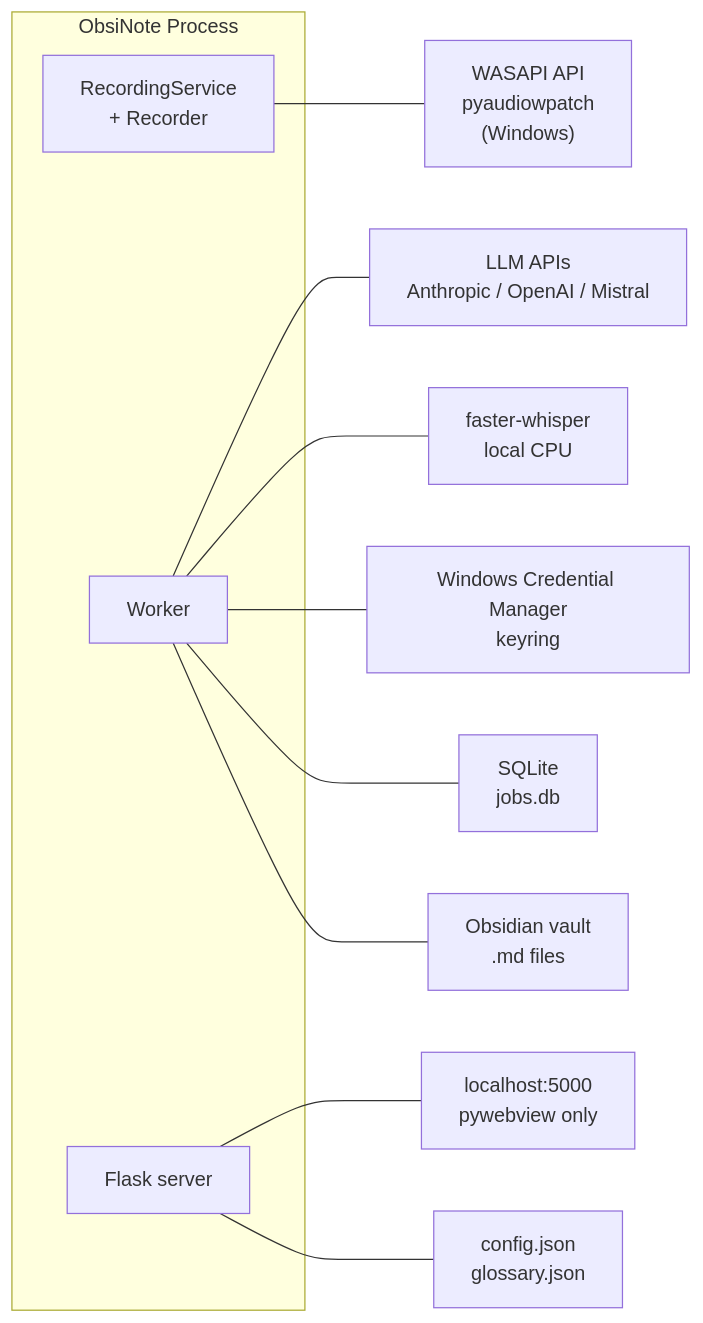
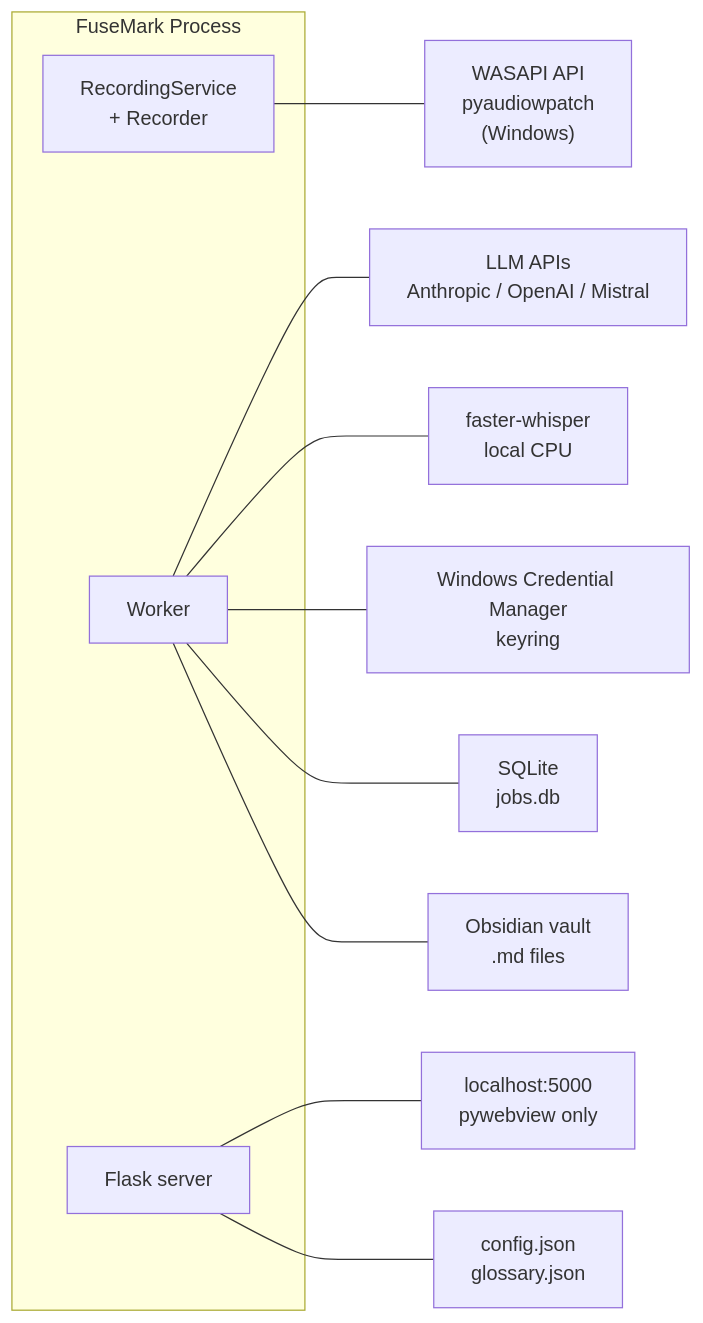
Before and after one commit to kjarkovska/fusemark: the third of 4 diagrams in docs/ARCHITECTURE.md, drawn with Mermaid. The commit also changed other lines of this file and 47 other files, not shown here.

First line of the commit message:
chore: rename app ObsiNote -> FuseMark (v0.9.4)

````diff
--- a/docs/ARCHITECTURE.md
+++ b/docs/ARCHITECTURE.md
@@ -84,17 +84,17 @@
 ```mermaid
 graph LR
-    subgraph proc["ObsiNote Process"]
+    subgraph proc["FuseMark Process"]
         recorder["RecordingService<br/>+ Recorder"]
         worker["Worker"]
         flask["Flask server"]
     end
 
     recorder --- wasapi["WASAPI API<br/>pyaudiowpatch<br/>(Windows)"]
     worker --- llm["LLM APIs<br/>Anthropic / OpenAI / Mistral"]
     worker --- whisper["faster-whisper<br/>local CPU"]
     worker --- cred["Windows Credential Manager<br/>keyring"]
     worker --- sqlite["SQLite<br/>jobs.db"]
     worker --- vault["Obsidian vault<br/>.md files"]
     flask --- loop["localhost:5000<br/>pywebview only"]
     flask --- cfg["config.json<br/>glossary.json"]
 ```
````
